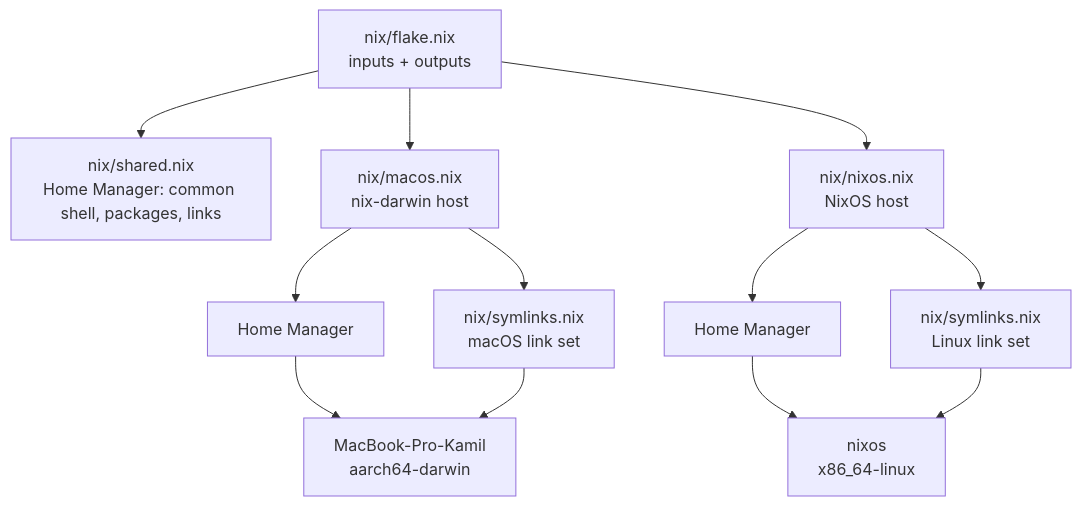
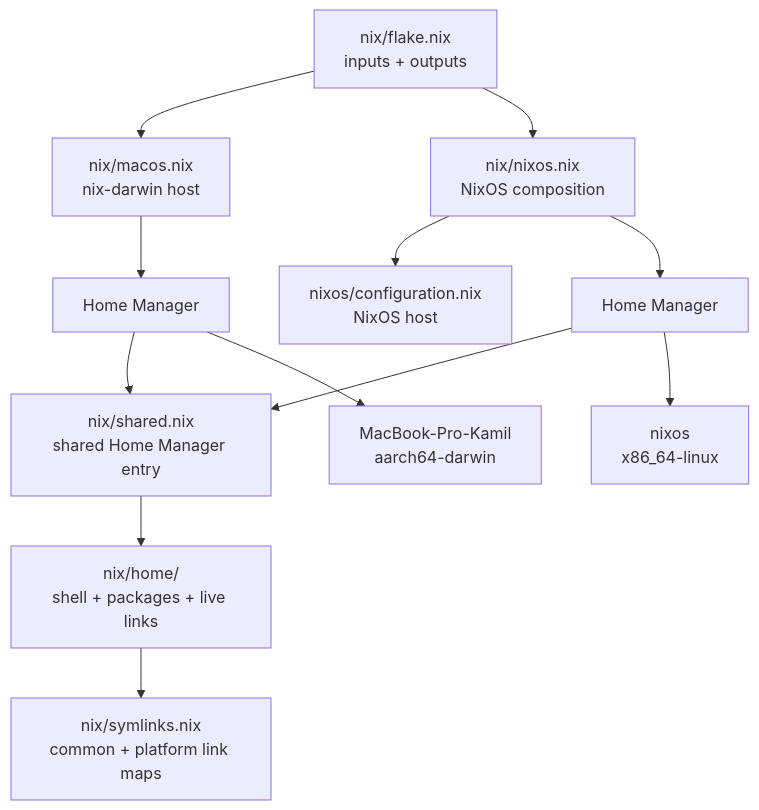
Before and after one commit to Kamyil/.dotfiles: the first of 3 diagrams in README.md, drawn with Mermaid. The commit also changed other lines of this file and 39 other files, not shown here.

Commit message:
(nix) - consolidate cross-platform configuration

````diff
--- a/README.md
+++ b/README.md
@@ -11,14 +11,14 @@
 ```mermaid
 flowchart TD
-    F["nix/flake.nix<br/>inputs + outputs"] --> S["nix/shared.nix<br/>Home Manager: common shell, packages, links"]
-    F --> D["nix/macos.nix<br/>nix-darwin host"]
-    F --> L["nix/nixos.nix<br/>NixOS host"]
+    F["nix/flake.nix<br/>inputs + outputs"] --> D["nix/macos.nix<br/>nix-darwin host"]
+    F --> L["nix/nixos.nix<br/>NixOS composition"]
+    L --> NH["nixos/configuration.nix<br/>NixOS host"]
     D --> HM1["Home Manager"]
     L --> HM2["Home Manager"]
-    D --> DS["nix/symlinks.nix<br/>macOS link set"]
-    L --> LS["nix/symlinks.nix<br/>Linux link set"]
+    HM1 --> S["nix/shared.nix<br/>shared Home Manager entry"]
+    HM2 --> S
+    S --> M["nix/home/<br/>shell + packages + live links"]
+    M --> SYM["nix/symlinks.nix<br/>common + platform link maps"]
     HM1 --> MAC["MacBook-Pro-Kamil<br/>aarch64-darwin"]
     HM2 --> NIX["nixos<br/>x86_64-linux"]
-    DS --> MAC
-    LS --> NIX
 ```
````
